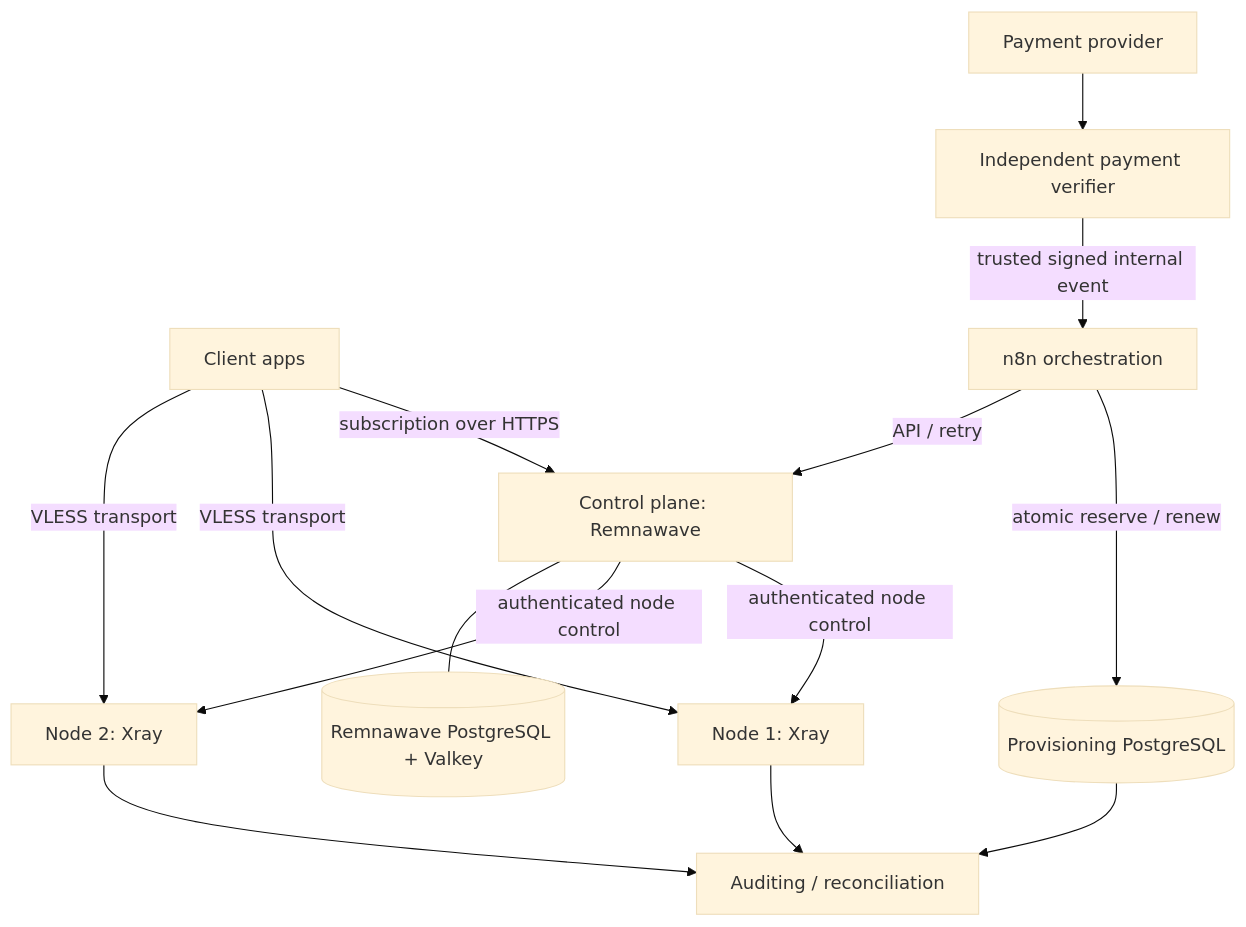
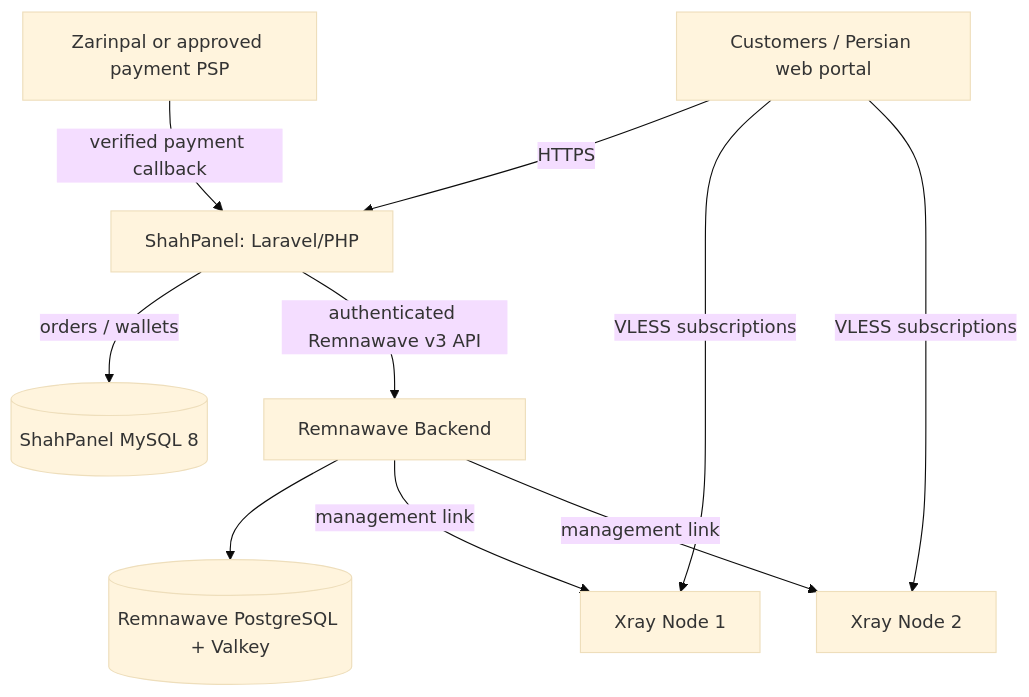
One commit to javad-hasani/other changed the diagram in v2ray-500/docs/architecture.md. Above: the diagram before and after it, drawn with Mermaid (base theme). The commit also changed other lines of this file, not shown here.

Commit message:
docs: align architecture.md with ShahPanel primary stack

````diff
--- a/v2ray-500/docs/architecture.md
+++ b/v2ray-500/docs/architecture.md
@@ -13,16 +7,12 @@
 ```mermaid
 flowchart TB
-    U[Client apps] -->|subscription over HTTPS| CP[Control plane: Remnawave]
-    U -->|VLESS transport| N1[Node 1: Xray]
-    U -->|VLESS transport| N2[Node 2: Xray]
-    P[Payment provider] --> V[Independent payment verifier]
-    V -->|trusted signed internal event| W[n8n orchestration]
-    W -->|atomic reserve / renew| G[(Provisioning PostgreSQL)]
-    W -->|API / retry| CP
-    CP -->|authenticated node control| N1
-    CP -->|authenticated node control| N2
-    CP --- DB[(Remnawave PostgreSQL + Valkey)]
-    G --> M[Auditing / reconciliation]
-    N1 --> M
-    N2 --> M
+   Client[Customers / Persian web portal] -->|HTTPS| SP[ShahPanel: Laravel/PHP]
+   PSP[Zarinpal or approved payment PSP] -->|verified payment callback| SP
+   SP -->|orders / wallets| MYSQL[(ShahPanel MySQL 8)]
+   SP -->|authenticated Remnawave v3 API| RW[Remnawave Backend]
+   RW --> PG[(Remnawave PostgreSQL + Valkey)]
+   RW -->|management link| N1[Xray Node 1]
+   RW -->|management link| N2[Xray Node 2]
+   Client -->|VLESS subscriptions| N1
+   Client -->|VLESS subscriptions| N2
 ```
````
